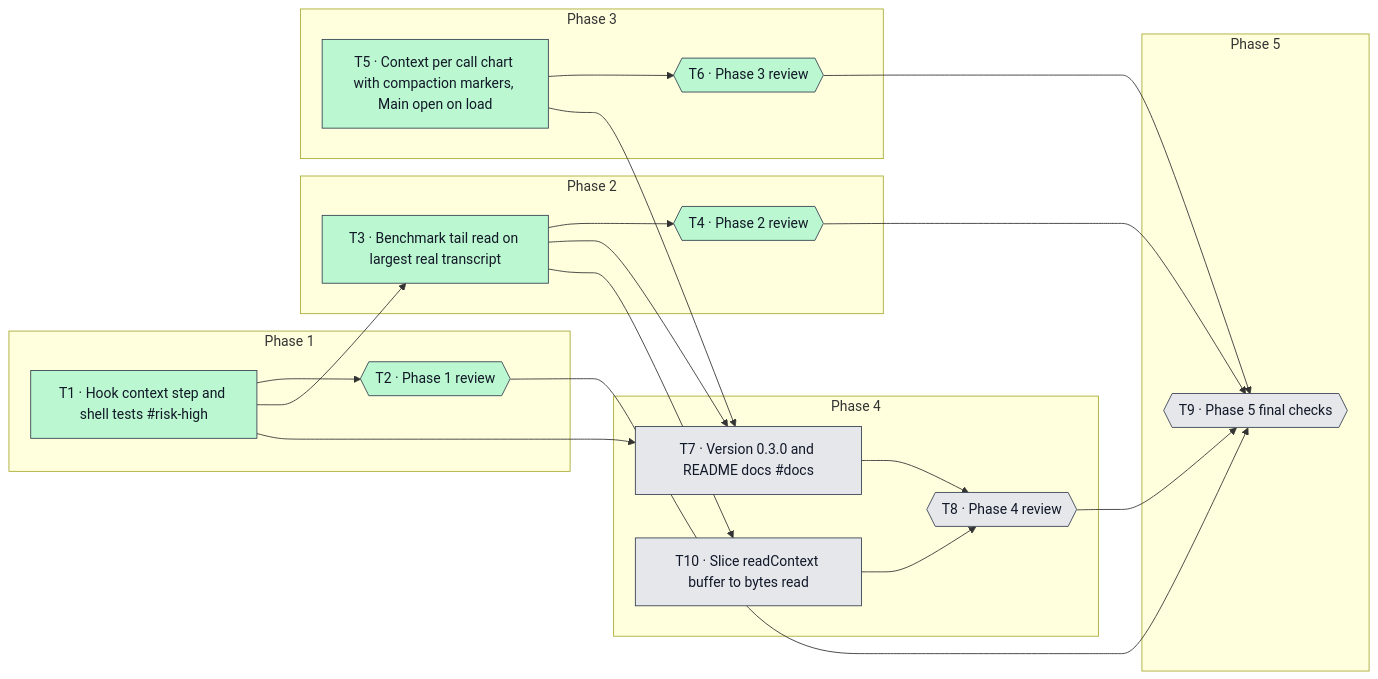
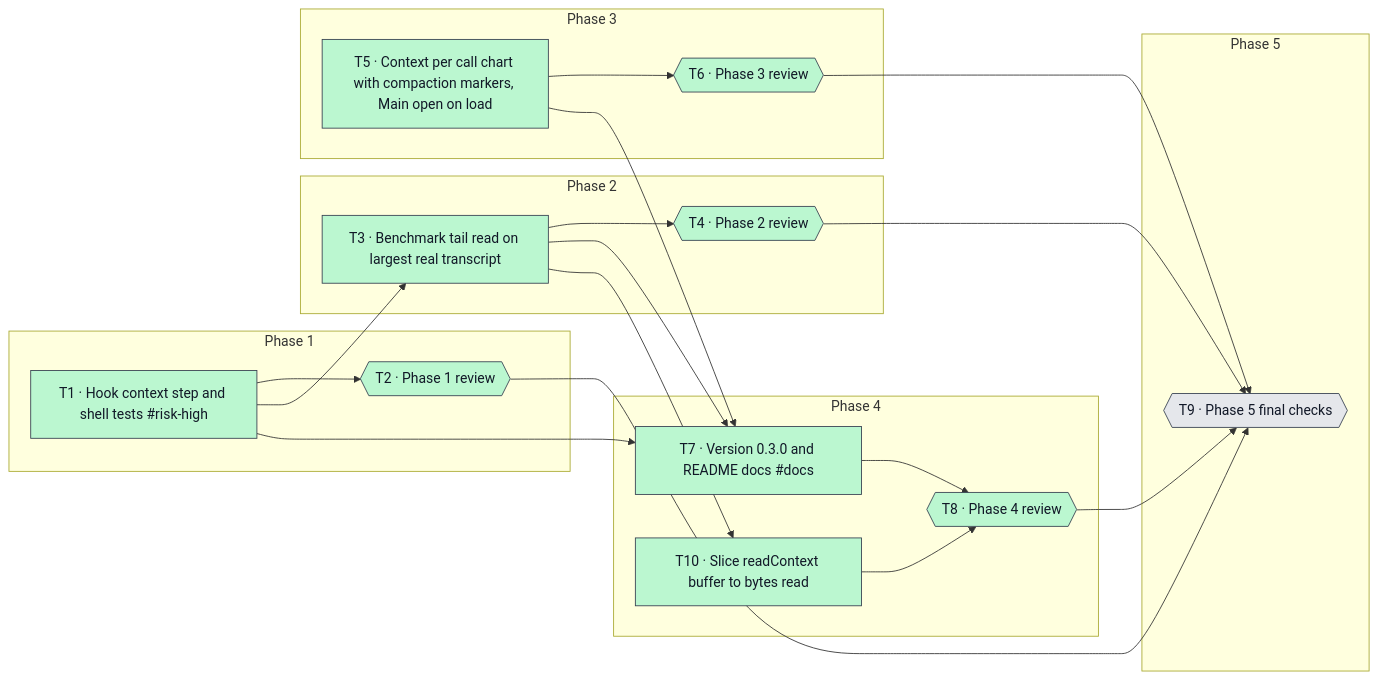
Before and after one commit to raqs31/claude-wal-session-viewer: the diagram in .ai/changes/current-context-monitoring-with-compaction/graph.mmd, drawn with Mermaid. The commit also changed 11 other files, not shown here.

```diff
--- a/.ai/changes/current-context-monitoring-with-compaction/graph.mmd
+++ b/.ai/changes/current-context-monitoring-with-compaction/graph.mmd
@@ -1,52 +1,52 @@
 flowchart LR
   classDef todo fill:#e5e7eb,stroke:#374151,color:#111827
   classDef in_progress fill:#bfdbfe,stroke:#374151,color:#111827
   classDef review fill:#ddd6fe,stroke:#374151,color:#111827
   classDef blocked fill:#fecaca,stroke:#374151,color:#111827
   classDef user_review fill:#fde68a,stroke:#374151,color:#111827
   classDef done fill:#bbf7d0,stroke:#374151,color:#111827
   classDef declined fill:#f3f4f6,stroke:#374151,color:#111827
   subgraph phase_1["Phase 1"]
     T1["T1 · Hook context step and shell tests #risk-high"]
     T2{{"T2 · Phase 1 review"}}
   end
   subgraph phase_2["Phase 2"]
     T3["T3 · Benchmark tail read on largest real transcript"]
     T4{{"T4 · Phase 2 review"}}
   end
   subgraph phase_3["Phase 3"]
     T5["T5 · Context per call chart with compaction markers, Main open on load"]
     T6{{"T6 · Phase 3 review"}}
   end
   subgraph phase_4["Phase 4"]
     T7["T7 · Version 0.3.0 and README docs #docs"]
     T8{{"T8 · Phase 4 review"}}
     T10["T10 · Slice readContext buffer to bytes read"]
   end
   subgraph phase_5["Phase 5"]
     T9{{"T9 · Phase 5 final checks"}}
   end
   T1 --> T2
   T1 --> T3
   T1 --> T7
   T2 --> T9
   T3 --> T4
   T3 --> T7
   T3 --> T10
   T4 --> T9
   T5 --> T6
   T5 --> T7
   T6 --> T9
   T7 --> T8
   T8 --> T9
   T10 --> T8
   class T1 done
   class T2 done
   class T3 done
   class T4 done
   class T5 done
   class T6 done
-  class T7 todo
-  class T8 todo
+  class T7 done
+  class T8 done
   class T9 todo
-  class T10 todo
+  class T10 done
```
